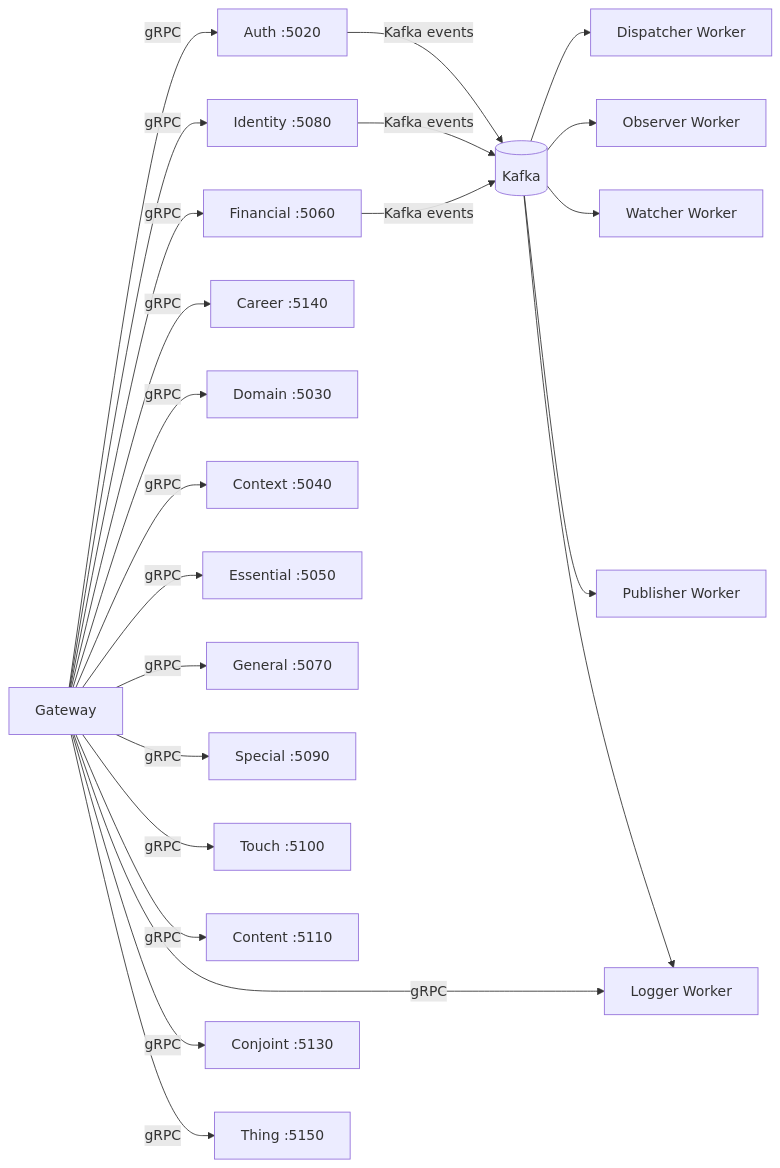
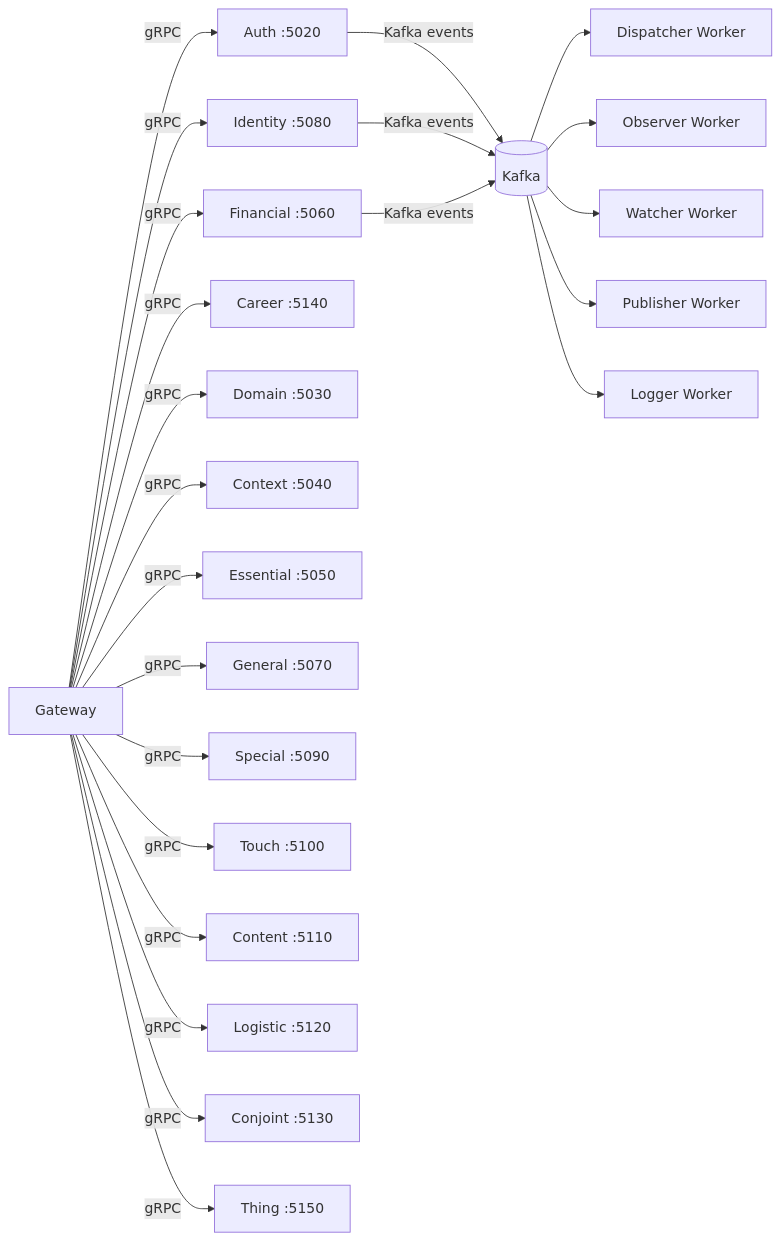
The second of 2 diagrams in getting-started/overview/ecosystem/platform.md (wenex-org/platform-docs), drawn with Mermaid before and after one commit. The commit also changed other lines of this file and 64 other files, not shown here.

First line of the commit message:
Give every docs page its own SEO metadata and accessible diagrams

````diff
--- a/getting-started/overview/ecosystem/platform.md
+++ b/getting-started/overview/ecosystem/platform.md
@@ -75,28 +82,30 @@
 ```mermaid
 graph LR
+    accTitle: Communication topology
+    accDescr: The gateway calls all 14 domain services over gRPC. Services publish events to Kafka, which the dispatcher, observer, watcher, publisher and logger workers consume.
     GW["Gateway"] -->|gRPC| AUTH["Auth :5020"]
     GW -->|gRPC| ID["Identity :5080"]
     GW -->|gRPC| FIN["Financial :5060"]
     GW -->|gRPC| CAR["Career :5140"]
     GW -->|gRPC| DOM["Domain :5030"]
     GW -->|gRPC| CTX["Context :5040"]
     GW -->|gRPC| ESS["Essential :5050"]
     GW -->|gRPC| GEN["General :5070"]
     GW -->|gRPC| SPE["Special :5090"]
     GW -->|gRPC| TCH["Touch :5100"]
     GW -->|gRPC| CNT["Content :5110"]
     GW -->|gRPC| LOG["Logistic :5120"]
     GW -->|gRPC| CON["Conjoint :5130"]
     GW -->|gRPC| THG["Thing :5150"]
 
     AUTH -->|Kafka events| KF[(Kafka)]
     ID -->|Kafka events| KF
     FIN -->|Kafka events| KF
 
     KF --> DISP["Dispatcher Worker"]
     KF --> OBS["Observer Worker"]
     KF --> WATCH["Watcher Worker"]
     KF --> PUB["Publisher Worker"]
-    KF --> LOG["Logger Worker"]
+    KF --> LGR["Logger Worker"]
     %% Preserver is gRPC-only (EMQX exhook), not a Kafka consumer
 ```
````
